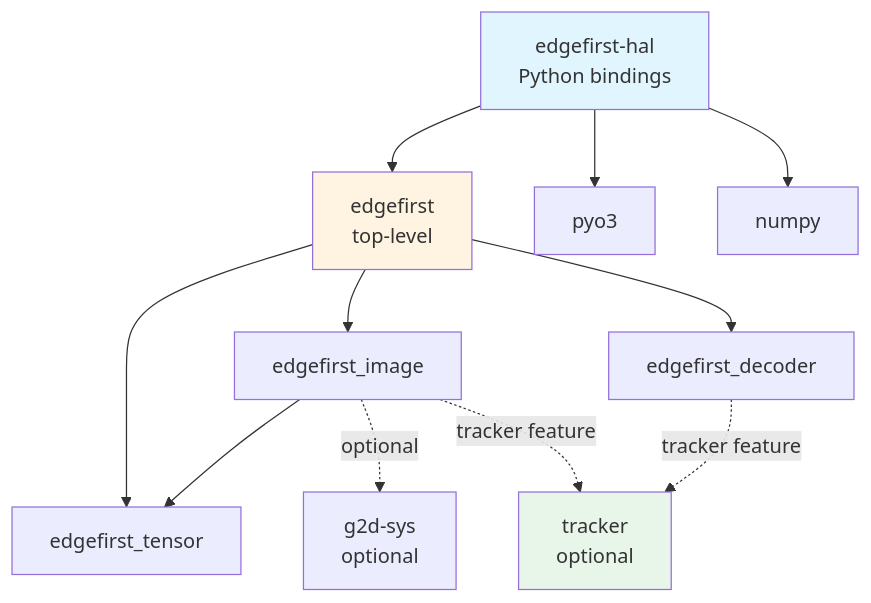
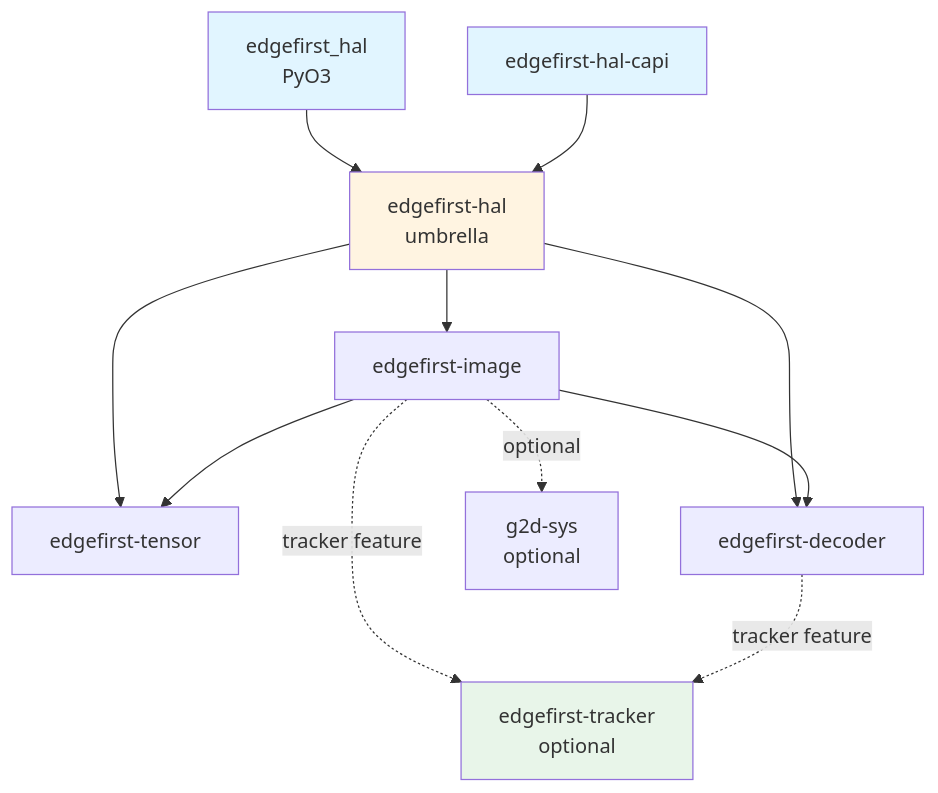
The second of 2 diagrams in README.md (EdgeFirstAI/hal), drawn with Mermaid before and after one commit. The commit also changed other lines of this file and 23 other files, not shown here.

````diff
--- a/README.md
+++ b/README.md
@@ -1412,31 +617,29 @@
 ```mermaid
 graph TD
-    EF[edgefirst<br/>top-level]
-    Tensor[edgefirst_tensor]
-    Image[edgefirst_image]
-    Decoder[edgefirst_decoder]
+    EF[edgefirst-hal<br/>umbrella]
+    Tensor[edgefirst-tensor]
+    Image[edgefirst-image]
+    Decoder[edgefirst-decoder]
+    Tracker[edgefirst-tracker<br/>optional]
     G2D[g2d-sys<br/>optional]
-    
+
     EF --> Tensor
     EF --> Image
     EF --> Decoder
     Image --> Tensor
+    Image --> Decoder
     Image -.optional.-> G2D
-    
-    Python[edgefirst-hal<br/>Python bindings]
-    PyO3[pyo3]
-    Numpy[numpy]
-    
-    Python --> EF
-    Python --> PyO3
-    Python --> Numpy
-    
-    Tracker[tracker<br/>optional]
-
     Image -.->|tracker feature| Tracker
     Decoder -.->|tracker feature| Tracker
 
+    Python[edgefirst_hal<br/>PyO3]
+    CAPI[edgefirst-hal-capi]
+
+    Python --> EF
+    CAPI --> EF
+
     style EF fill:#fff4e1
     style Python fill:#e1f5ff
+    style CAPI fill:#e1f5ff
     style Tracker fill:#e8f5e9
 ```
````
